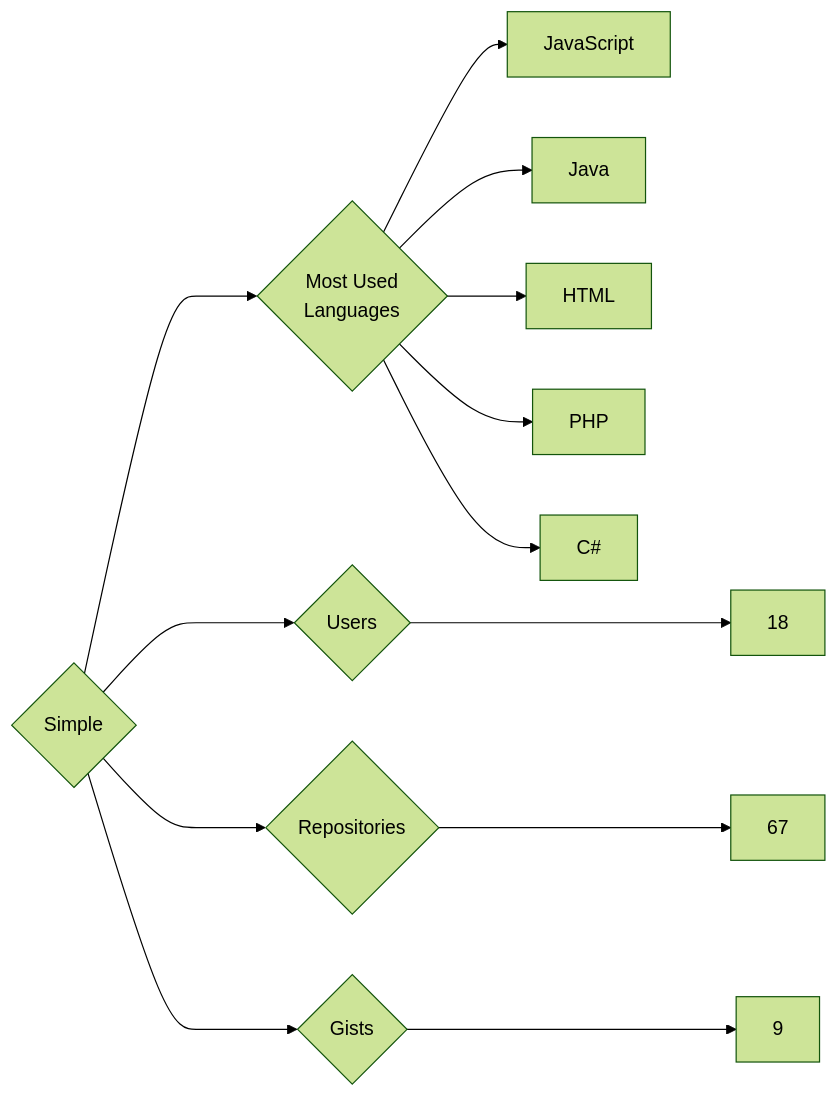
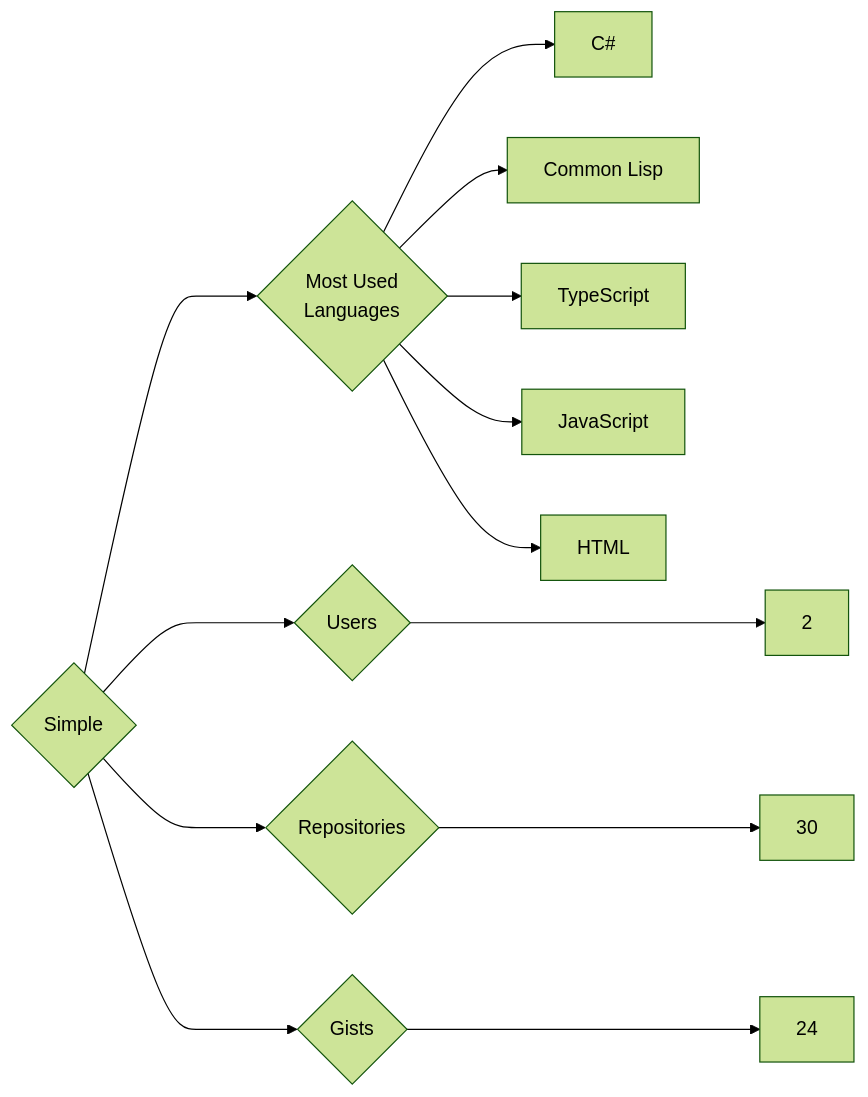
Before and after one commit to trickest/insiders: the diagram in targets/Simple/README.md, drawn with Mermaid (forest theme). The commit also changed 928 other files, not shown here.

````diff
--- a/targets/Simple/README.md
+++ b/targets/Simple/README.md
@@ -3,13 +3,13 @@
 ```mermaid
 graph LR
 COMPANY_NAME{Simple}
-COMPANY_NAME ---> U{Users} ---> UN[18]
-COMPANY_NAME ---> R{Repositories} ---> RN[67]
-COMPANY_NAME ---> G{Gists} ---> GN[9]
+COMPANY_NAME ---> U{Users} ---> UN[2]
+COMPANY_NAME ---> R{Repositories} ---> RN[30]
+COMPANY_NAME ---> G{Gists} ---> GN[24]
 COMPANY_NAME ---> ML{Most Used<br>Languages}
+ML --> C#[C#]
+ML --> Common_Lisp[Common Lisp]
+ML --> TypeScript[TypeScript]
 ML --> JavaScript[JavaScript]
-ML --> Java[Java]
 ML --> HTML[HTML]
-ML --> PHP[PHP]
-ML --> C#[C#]
 ```
````
